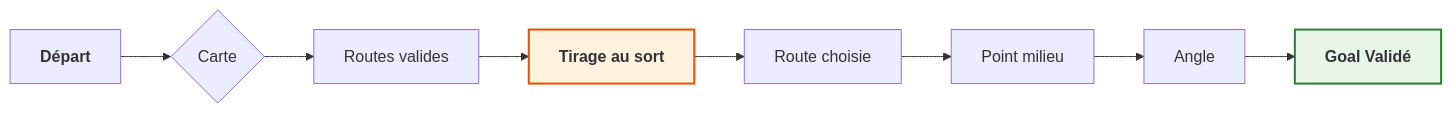
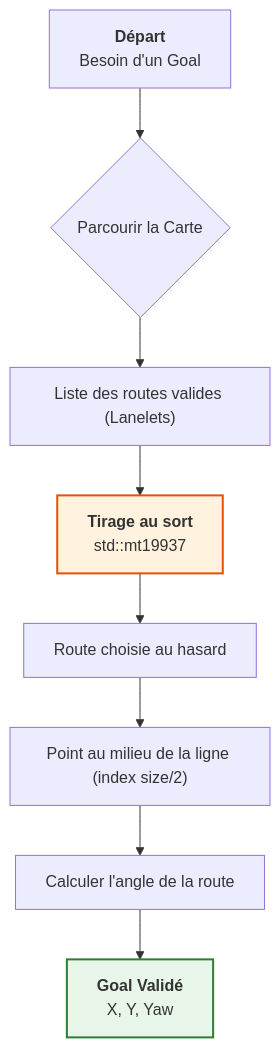
The seventh of 7 diagrams in README.md (lisanouri/graphes), drawn with Mermaid before and after one commit.

````diff
--- a/README.md
+++ b/README.md
@@ -134,13 +134,13 @@
 ```mermaid
-graph LR
-    A[<b>Départ</b>] --> B{Carte}
-    B --> C[Routes valides]
-    C --> D[<b>Tirage au sort</b>]
-    D --> E[Route choisie]
-    E --> F[Point milieu]
-    F --> G[Angle]
-    G --> H[<b>Goal Validé</b>]
+graph TD
+    A[<b>Départ</b><br/>Besoin d'un Goal] --> B{Parcourir la Carte}
+    B --> C["Liste des routes valides (Lanelets)"]
+    C --> D[<b>Tirage au sort</b><br/>std::mt19937</b>]
+    D --> E[Route choisie au hasard]
+    E --> F["Point au milieu de la ligne (index size/2)"]
+    F --> G[Calculer l'angle de la route]
+    G --> H[<b>Goal Validé</b><br/>X, Y, Yaw</b>]
 
     style D fill:#fff3e0,stroke:#e65100,stroke-width:2px
     style H fill:#e8f5e9,stroke:#2e7d32,stroke-width:2px
 ```
````
